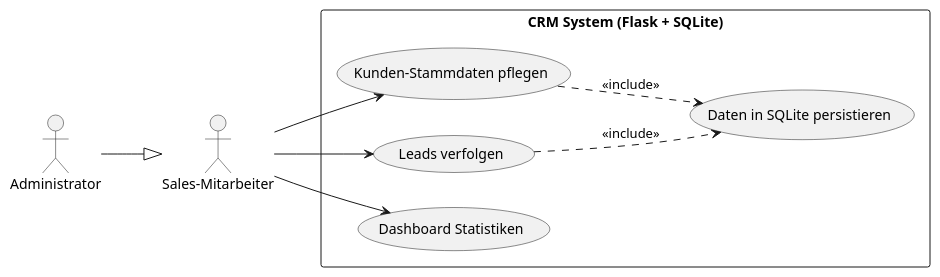
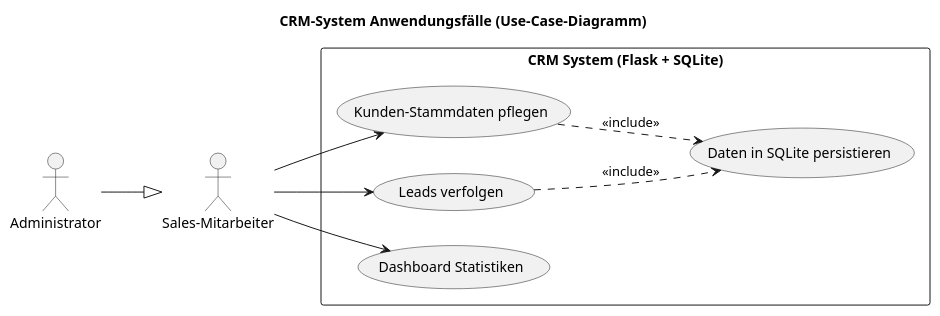
One commit to ysun76/CRM_init_ysun changed the diagram in docs/use_case_Anwendungsfälle.puml.puml. Above: the diagram before and after it, drawn with PlantUML. The commit also changed 7 other files, not shown here.

```diff
--- a/docs/use_case_Anwendungsfälle.puml.puml
+++ b/docs/use_case_Anwendungsfälle.puml.puml
@@ -1,24 +1,26 @@
 @startuml
+title CRM-System Anwendungsfälle (Use-Case-Diagramm)
+
 left to right direction
 skinparam packageStyle rectangle
 
 actor "Sales-Mitarbeiter" as Sales
 actor "Administrator" as Admin
 
 rectangle "CRM System (Flask + SQLite)" {
   usecase "Kunden-Stammdaten pflegen" as UC1
   usecase "Leads verfolgen" as UC2
   usecase "Dashboard Statistiken" as UC3
   usecase "Daten in SQLite persistieren" as UC4
 }
 
 Sales --> UC1
 Sales --> UC2
 Sales --> UC3
 
 ' 数据库操作包含在核心业务逻辑中
 UC1 ..> UC4 : <<include>>
 UC2 ..> UC4 : <<include>>
 
 Admin --|> Sales
 @enduml
```
